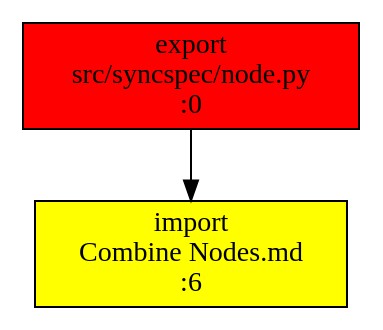
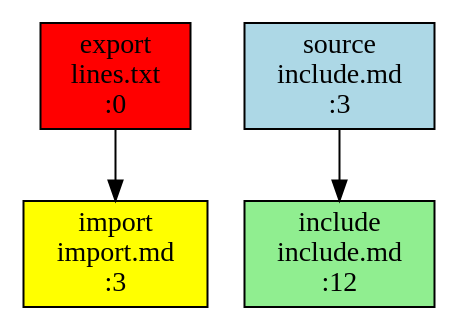
The diagram in graph.dot (kimjarvis/syncspec), drawn with Graphviz before and after one commit. The commit also changed 7 other files, not shown here.

```diff
--- a/graph.dot
+++ b/graph.dot
@@ -1,5 +1,8 @@
 strict digraph {
-"export_src/syncspec/node.py_0" [key="src/syncspec/node.py", directive_type=export, label="export\nsrc/syncspec/node.py\n:0", shape=rectangle, style=filled, fillcolor=red];
-"import_Combine Nodes.md_6" [key="src/syncspec/node.py", directive_type=import, label="import\nCombine Nodes.md\n:6", shape=rectangle, style=filled, fillcolor=yellow];
-"export_src/syncspec/node.py_0" -> "import_Combine Nodes.md_6";
+"export_lines.txt_0" [key="lines.txt", directive_type=export, label="export\nlines.txt\n:0", shape=rectangle, style=filled, fillcolor=red];
+"import_import.md_3" [key="lines.txt", directive_type=import, label="import\nimport.md\n:3", shape=rectangle, style=filled, fillcolor=yellow];
+"source_include.md_3" [key="lines.txt", directive_type=source, label="source\ninclude.md\n:3", shape=rectangle, style=filled, fillcolor=lightblue];
+"include_include.md_12" [key="lines.txt", directive_type=include, label="include\ninclude.md\n:12", shape=rectangle, style=filled, fillcolor=lightgreen];
+"export_lines.txt_0" -> "import_import.md_3";
+"source_include.md_3" -> "include_include.md_12";
 }
```
